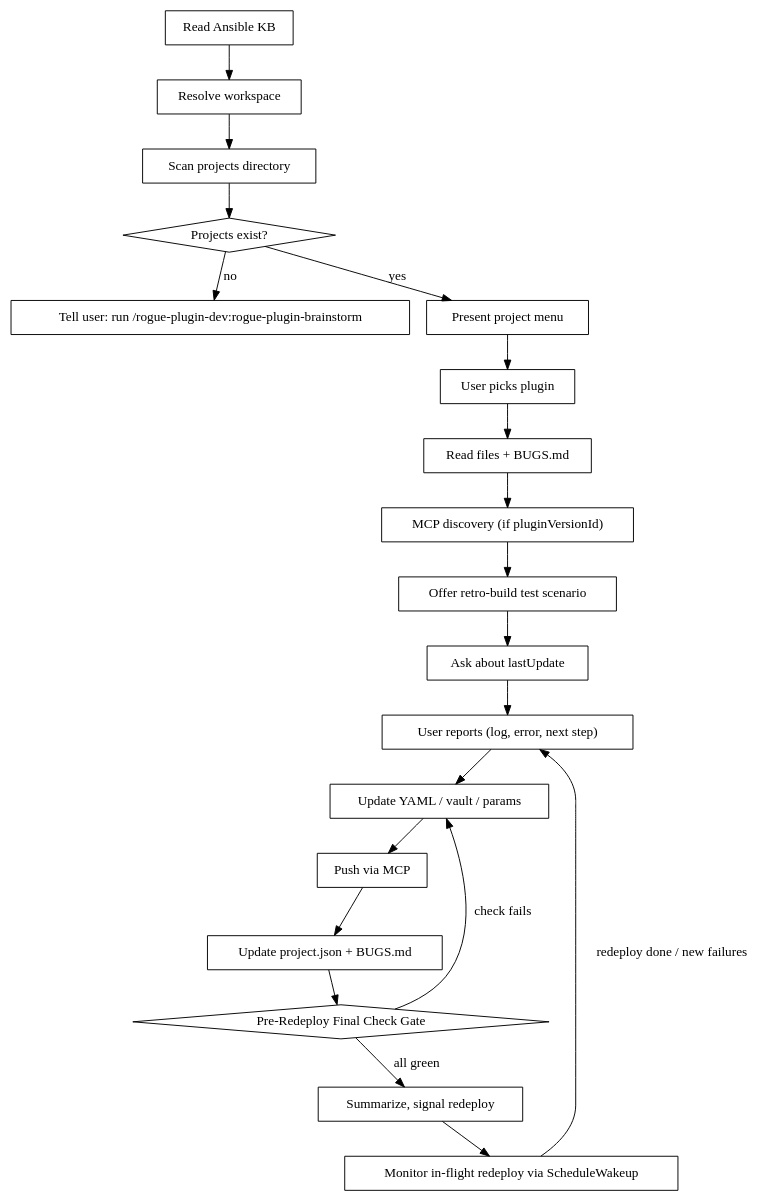
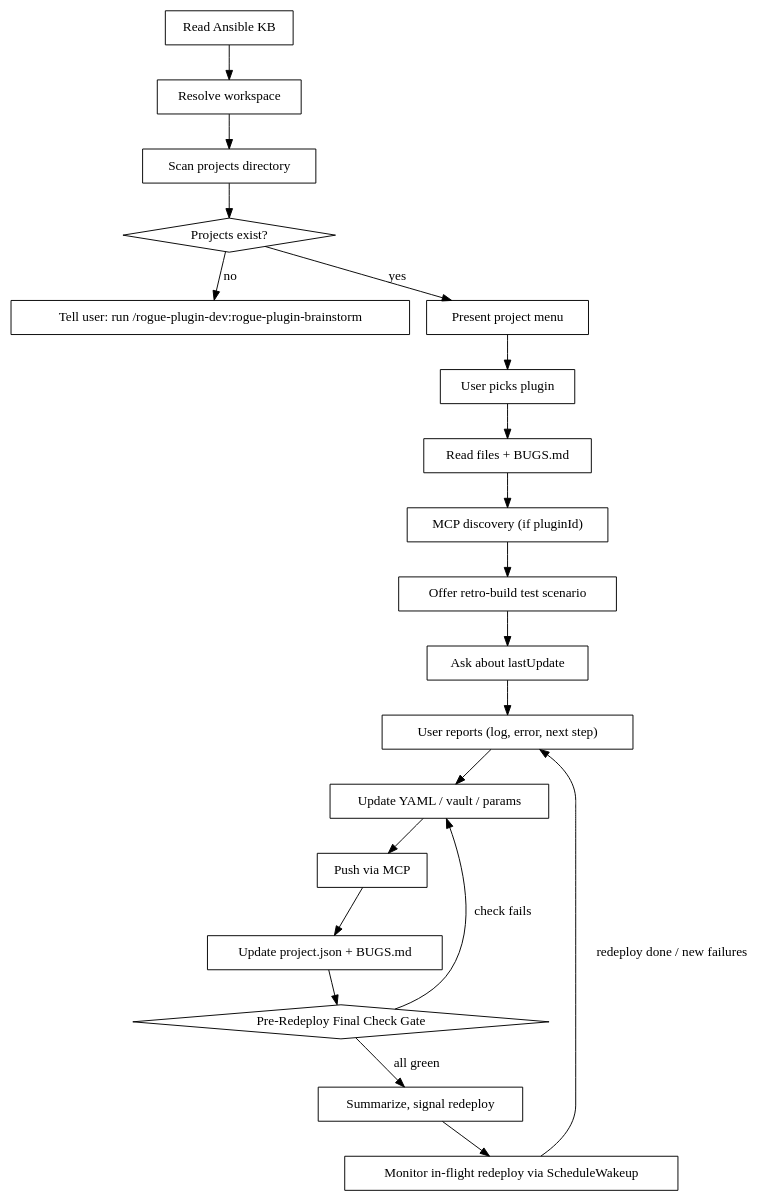
One commit to rogue-labs-cyber/rogue-arena-mcp changed the diagram in plugins/rogue-plugin-dev/skills/rogue-plugin-develop/SKILL.md. Above: the diagram before and after it, drawn with Graphviz. The commit also changed other lines of this file and 32 other files, not shown here.

````diff
--- a/plugins/rogue-plugin-dev/skills/rogue-plugin-develop/SKILL.md
+++ b/plugins/rogue-plugin-dev/skills/rogue-plugin-develop/SKILL.md
@@ -201,42 +201,42 @@
 ```dot
 digraph develop {
     "Read Ansible KB" [shape=box];
     "Resolve workspace" [shape=box];
     "Scan projects directory" [shape=box];
     "Projects exist?" [shape=diamond];
     "Tell user: run /rogue-plugin-dev:rogue-plugin-brainstorm" [shape=box];
     "Present project menu" [shape=box];
     "User picks plugin" [shape=box];
     "Read files + BUGS.md" [shape=box];
-    "MCP discovery (if pluginVersionId)" [shape=box];
+    "MCP discovery (if pluginId)" [shape=box];
     "Offer retro-build test scenario" [shape=box];
     "Ask about lastUpdate" [shape=box];
     "User reports (log, error, next step)" [shape=box];
     "Update YAML / vault / params" [shape=box];
     "Push via MCP" [shape=box];
     "Update project.json + BUGS.md" [shape=box];
     "Monitor in-flight redeploy via ScheduleWakeup" [shape=box];
     "Pre-Redeploy Final Check Gate" [shape=diamond];
     "Summarize, signal redeploy" [shape=box];
 
     "Read Ansible KB" -> "Resolve workspace";
     "Resolve workspace" -> "Scan projects directory";
     "Scan projects directory" -> "Projects exist?";
     "Projects exist?" -> "Tell user: run /rogue-plugin-dev:rogue-plugin-brainstorm" [label="no"];
     "Projects exist?" -> "Present project menu" [label="yes"];
     "Present project menu" -> "User picks plugin";
     "User picks plugin" -> "Read files + BUGS.md";
-    "Read files + BUGS.md" -> "MCP discovery (if pluginVersionId)";
-    "MCP discovery (if pluginVersionId)" -> "Offer retro-build test scenario";
+    "Read files + BUGS.md" -> "MCP discovery (if pluginId)";
+    "MCP discovery (if pluginId)" -> "Offer retro-build test scenario";
     "Offer retro-build test scenario" -> "Ask about lastUpdate";
     "Ask about lastUpdate" -> "User reports (log, error, next step)";
     "User reports (log, error, next step)" -> "Update YAML / vault / params";
     "Update YAML / vault / params" -> "Push via MCP";
     "Push via MCP" -> "Update project.json + BUGS.md";
     "Update project.json + BUGS.md" -> "Pre-Redeploy Final Check Gate";
     "Pre-Redeploy Final Check Gate" -> "Update YAML / vault / params" [label="check fails"];
     "Pre-Redeploy Final Check Gate" -> "Summarize, signal redeploy" [label="all green"];
     "Summarize, signal redeploy" -> "Monitor in-flight redeploy via ScheduleWakeup";
     "Monitor in-flight redeploy via ScheduleWakeup" -> "User reports (log, error, next step)" [label="redeploy done / new failures"];
 }
 ```
````
